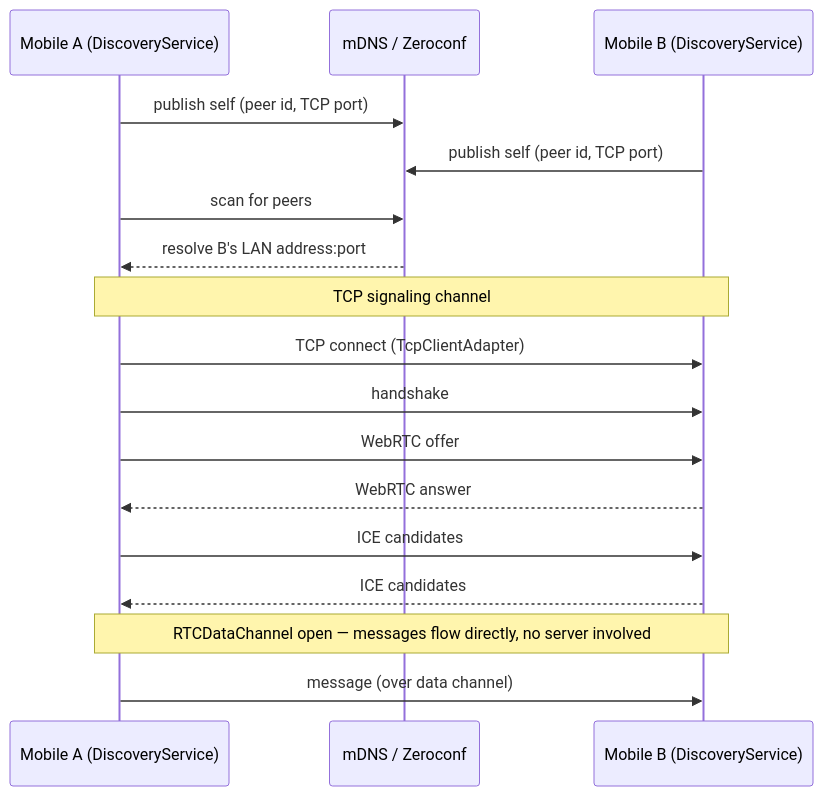
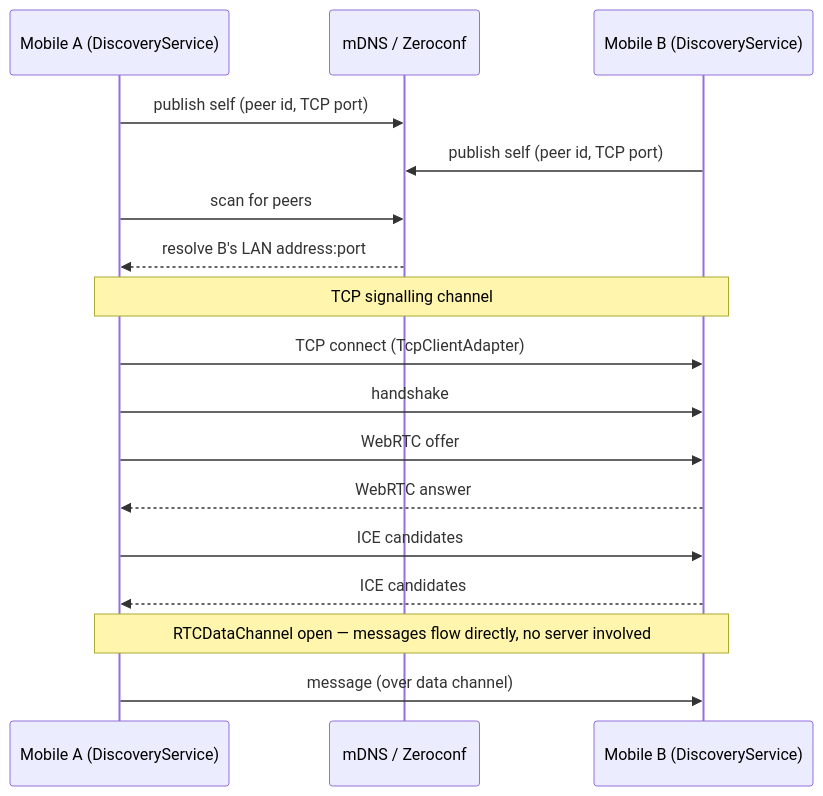
The second of 3 diagrams in docs/features/messaging/design.md (SAPOT-System/YLP-software), drawn with Mermaid before and after one commit. The commit also changed other lines of this file and 12 other files, not shown here.

````diff
--- a/docs/features/messaging/design.md
+++ b/docs/features/messaging/design.md
@@ -60,22 +60,22 @@
 ```mermaid
 sequenceDiagram
     participant A as Mobile A (DiscoveryService)
     participant Z as mDNS / Zeroconf
     participant B as Mobile B (DiscoveryService)
 
     A->>Z: publish self (peer id, TCP port)
     B->>Z: publish self (peer id, TCP port)
     A->>Z: scan for peers
     Z-->>A: resolve B's LAN address:port
 
-    Note over A,B: TCP signaling channel
+    Note over A,B: TCP signalling channel
     A->>B: TCP connect (TcpClientAdapter)
     A->>B: handshake
     A->>B: WebRTC offer
     B-->>A: WebRTC answer
     A->>B: ICE candidates
     B-->>A: ICE candidates
 
     Note over A,B: RTCDataChannel open — messages flow directly, no server involved
     A->>B: message (over data channel)
 ```
````
